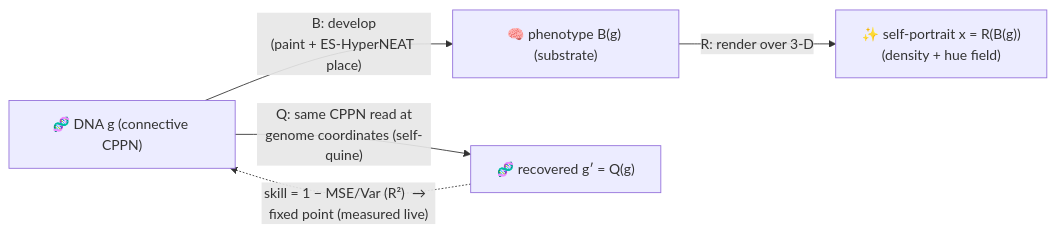
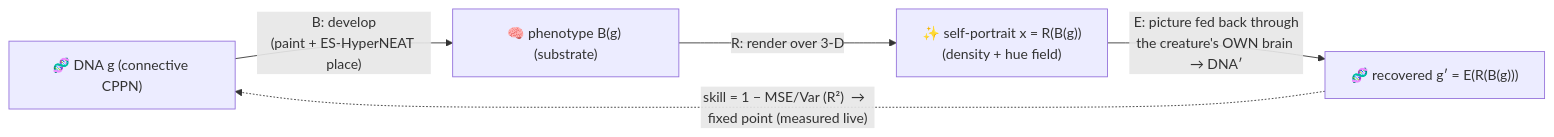
One commit to admiralakber/autograph changed the diagram in docs/WHITEPAPER.md. Above: the diagram before and after it, drawn with Mermaid. The commit also changed other lines of this file and 6 other files, not shown here.

First line of the commit message:
docs: retell the loop as picture→brain→DNA′ (honest, humbler skill)

````diff
--- a/docs/WHITEPAPER.md
+++ b/docs/WHITEPAPER.md
@@ -77,7 +77,7 @@
 ```mermaid
 flowchart LR
   G["🧬 DNA g (connective CPPN)"] -->|"B: develop<br/>(paint + ES-HyperNEAT place)"| P["🧠 phenotype B(g) (substrate)"]
   P -->|"R: render over 3-D"| X["✨ self-portrait x = R(B(g))<br/>(density + hue field)"]
-  G -->|"Q: same CPPN read at<br/>genome coordinates (self-quine)"| G2["🧬 recovered g′ = Q(g)"]
+  X -->|"E: picture fed back through<br/>the creature's OWN brain → DNA′"| G2["🧬 recovered g′ = E(R(B(g)))"]
   G2 -. "skill = 1 − MSE/Var (R²)  →  fixed point (measured live)" .-> G
 ```
````
